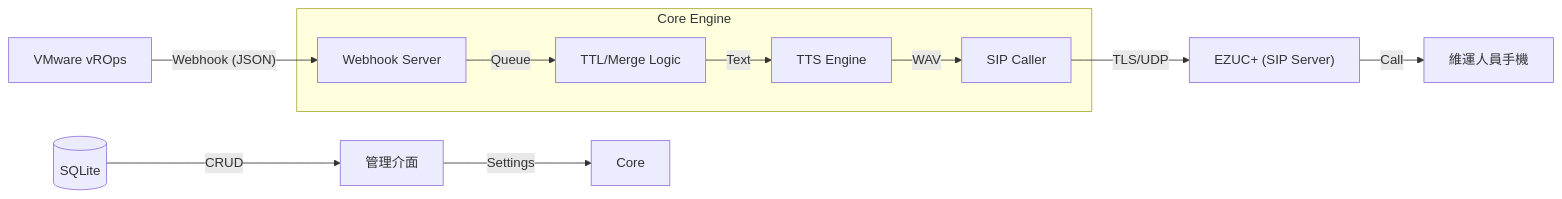
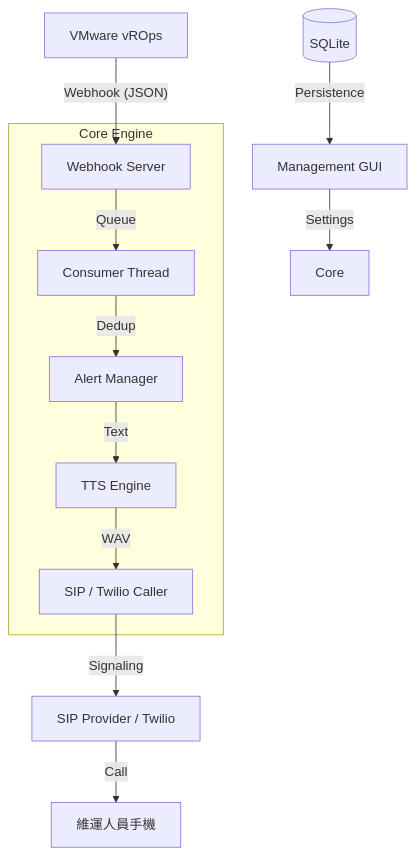
One commit to nchiyi/vrops-alert-autocaller changed the diagram in README.md. Above: the diagram before and after it, drawn with Mermaid. The commit also changed other lines of this file, not shown here.

````diff
--- a/README.md
+++ b/README.md
@@ -26,14 +25,15 @@
 ```mermaid
-graph LR
+graph TD
     vROps[VMware vROps] -- Webhook (JSON) --> Flask[Webhook Server]
     subgraph Core Engine
-        Flask -- Queue --> TTL[TTL/Merge Logic]
-        TTL -- Text --> TTS[TTS Engine]
-        TTS -- WAV --> SIP[SIP Caller]
+        Flask -- Queue --> Consumer[Consumer Thread]
+        Consumer -- Dedup --> AlertMgr[Alert Manager]
+        AlertMgr -- Text --> TTS[TTS Engine]
+        TTS -- WAV --> Caller[SIP / Twilio Caller]
     end
-    SIP -- TLS/UDP --> EZUC["EZUC+ (SIP Server)"]
-    EZUC -- Call --> Staff[維運人員手機]
+    Caller -- Signaling --> PSTN["SIP Provider / Twilio"]
+    PSTN -- Call --> Staff[維運人員手機]
     
-    Database[(SQLite)] -- CRUD --> WebGUI[管理介面]
+    Database[(SQLite)] -- Persistence --> WebGUI[Management GUI]
     WebGUI -- Settings --> Core
 ```
````
